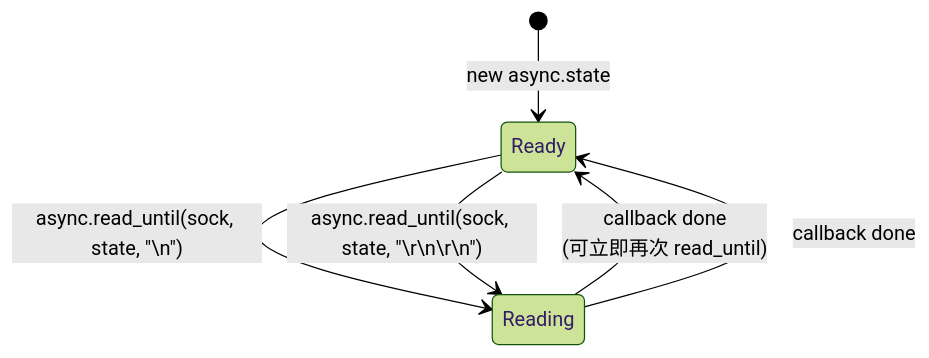
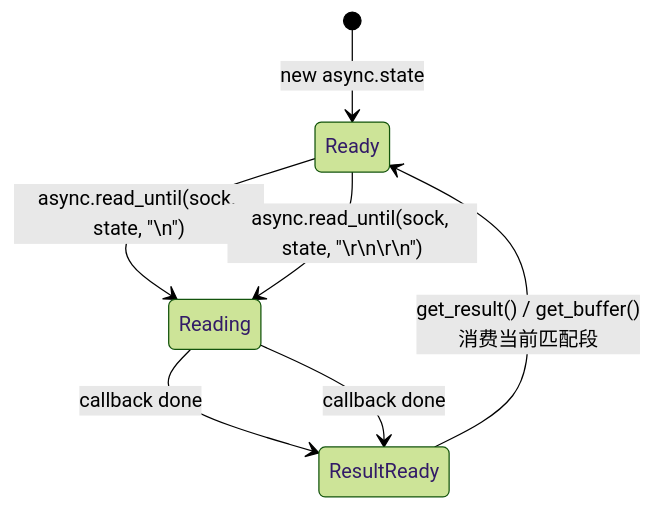
One commit to covscript/covscript-network changed the sixth of 9 diagrams in docs/async-architecture.md. Above: the diagram before and after it, drawn with Mermaid (forest theme). The commit also changed other lines of this file and 23 other files, not shown here.

````diff
--- a/docs/async-architecture.md
+++ b/docs/async-architecture.md
@@ -269,8 +287,9 @@
 ```mermaid
 stateDiagram-v2
     [*] --> Ready: new async.state
     Ready --> Reading: async.read_until(sock, state, "\n")
-    Reading --> Ready: callback done<br/>(可立即再次 read_until)
+    Reading --> ResultReady: callback done
+    ResultReady --> Ready: get_result() / get_buffer()<br/>消费当前匹配段
     Ready --> Reading: async.read_until(sock, state, "\r\n\r\n")
-    Reading --> Ready: callback done
+    Reading --> ResultReady: callback done
 ```
````
